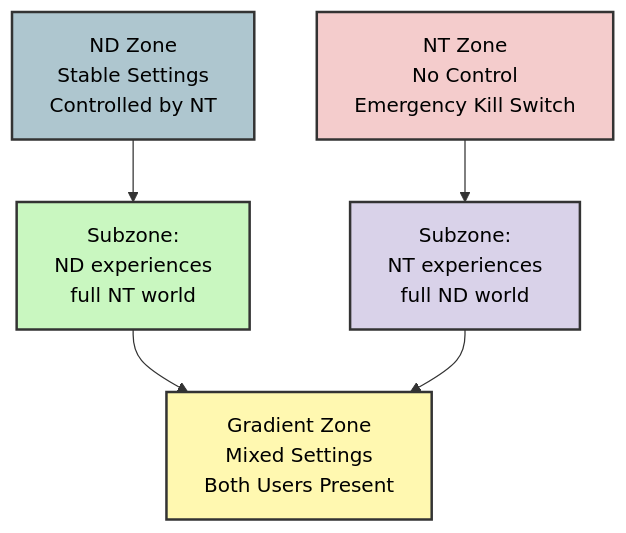
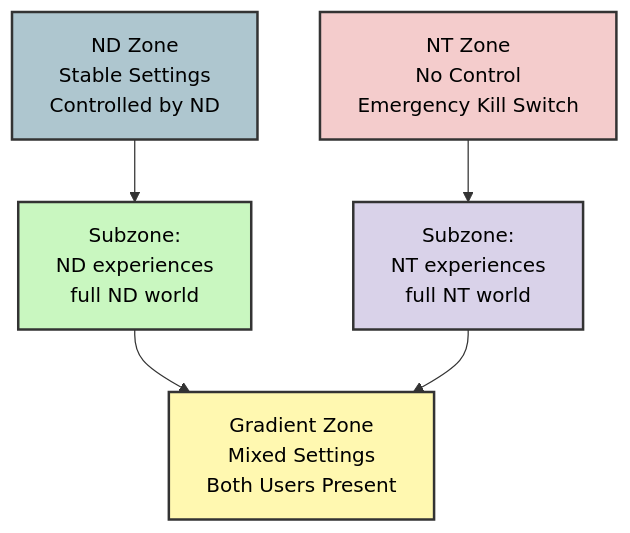
Before and after one commit to ZippyGorilla/NeuroverseG2: the first of 4 diagrams in README.md, drawn with Mermaid.

````diff
--- a/README.md
+++ b/README.md
@@ -42,19 +42,19 @@
 ```mermaid
 flowchart TB
     style ND fill:#aec6cf,stroke:#333,stroke-width:2px,color:#000
     style SubNT fill:#c9f7c0,stroke:#333,stroke-width:2px,color:#000
     style Shared fill:#fff8b0,stroke:#333,stroke-width:2px,color:#000
     style SubND fill:#d9d2e9,stroke:#333,stroke-width:2px,color:#000
     style NT fill:#f4cccc,stroke:#333,stroke-width:2px,color:#000
 
-    ND[ND Zone\nStable Settings\nControlled by NT]
-    SubNT[Subzone:\nND experiences\nfull NT world]
+    ND[ND Zone\nStable Settings\nControlled by ND]
+    SubNT[Subzone:\nND experiences\nfull ND world]
     Shared[Gradient Zone\nMixed Settings\nBoth Users Present]
-    SubND[Subzone:\nNT experiences\nfull ND world]
+    SubND[Subzone:\nNT experiences\nfull NT world]
     NT[NT Zone\nNo Control\nEmergency Kill Switch]
 
     ND --> SubNT
     NT --> SubND
     SubNT --> Shared
     SubND --> Shared
 ```
````
